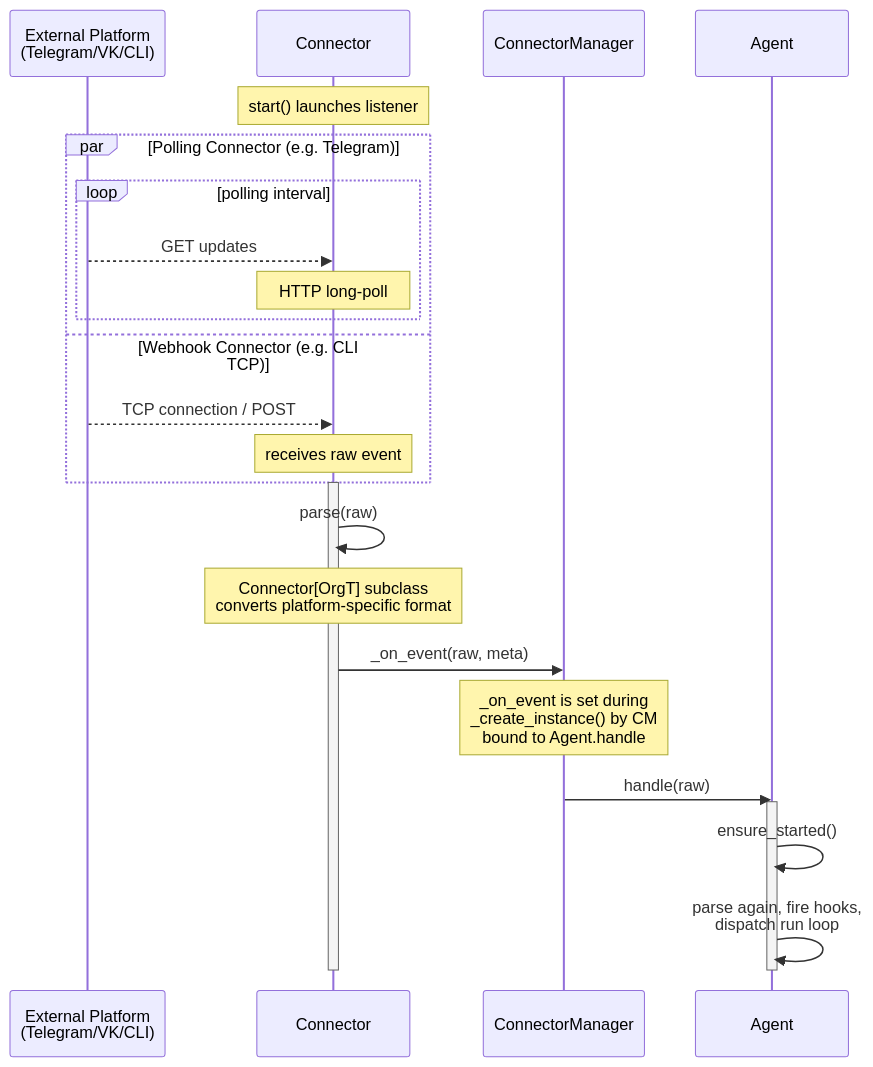
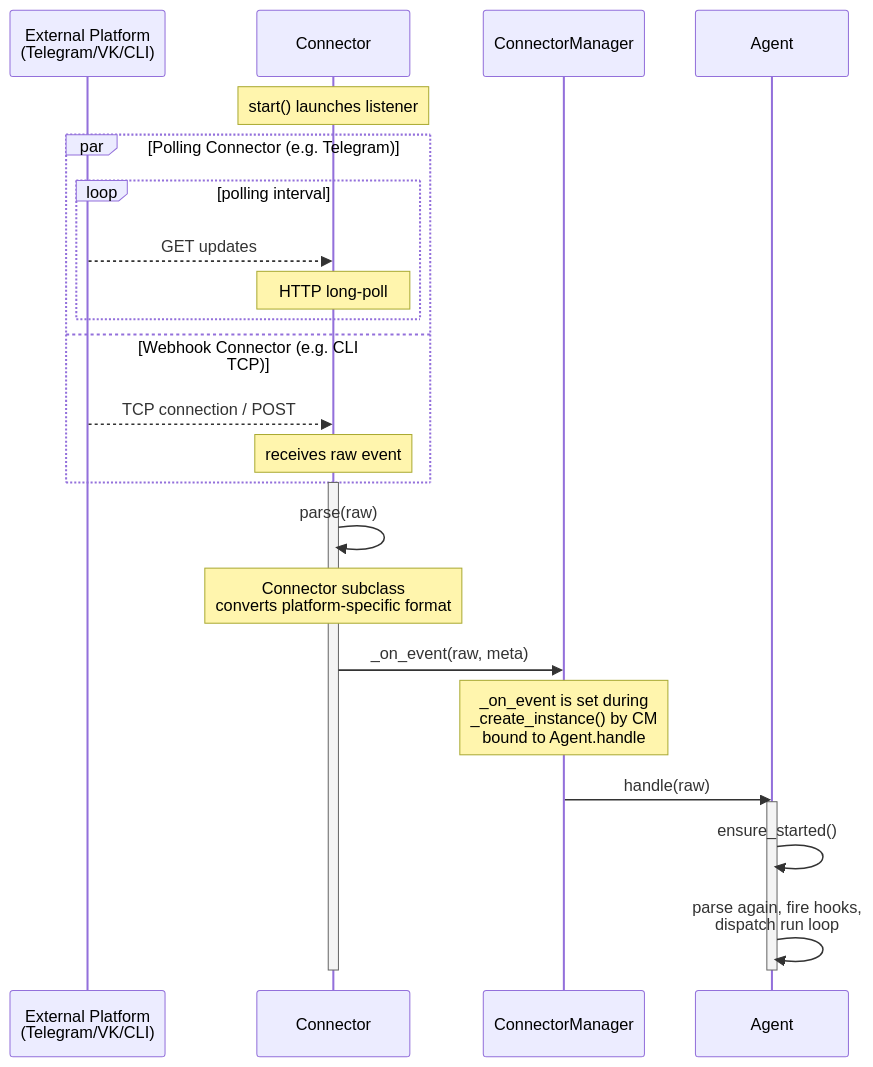
The fourth of 12 diagrams in visuals.md (matrixd0t/commamatrix), drawn with Mermaid before and after one commit. The commit also changed other lines of this file and 34 other files, not shown here.

````diff
--- a/visuals.md
+++ b/visuals.md
@@ -144,34 +137,34 @@
 ```mermaid
 sequenceDiagram
     participant Platform as External Platform<br/>(Telegram/VK/CLI)
     participant Connector
     participant CM as ConnectorManager
     participant Agent
 
     Note over Connector: start() launches listener
 
     par Polling Connector (e.g. Telegram)
         loop polling interval
             Platform-->>Connector: GET updates
             Note over Connector: HTTP long-poll
         end
     and Webhook Connector (e.g. CLI TCP)
         Platform-->>Connector: TCP connection / POST
         Note over Connector: receives raw event
     end
 
     activate Connector
     Connector->>Connector: parse(raw)
-    Note over Connector: Connector[OrgT] subclass<br/>converts platform-specific format
+    Note over Connector: Connector subclass<br/>converts platform-specific format
 
     Connector->>CM: _on_event(raw, meta)
     Note over CM: _on_event is set during<br/>_create_instance() by CM<br/>bound to Agent.handle
 
     CM->>Agent: handle(raw)
     activate Agent
     Agent->>Agent: ensure_started()
     Agent->>Agent: parse again, fire hooks,<br/>dispatch run loop
 
     deactivate Agent
     deactivate Connector
 ```
````
